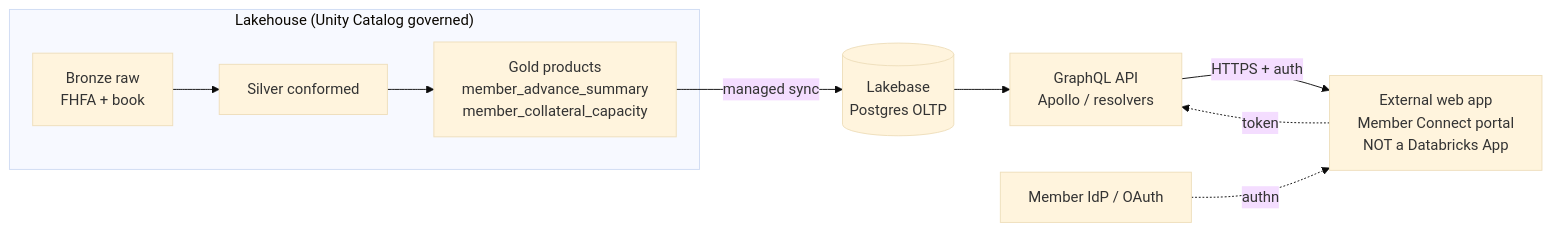
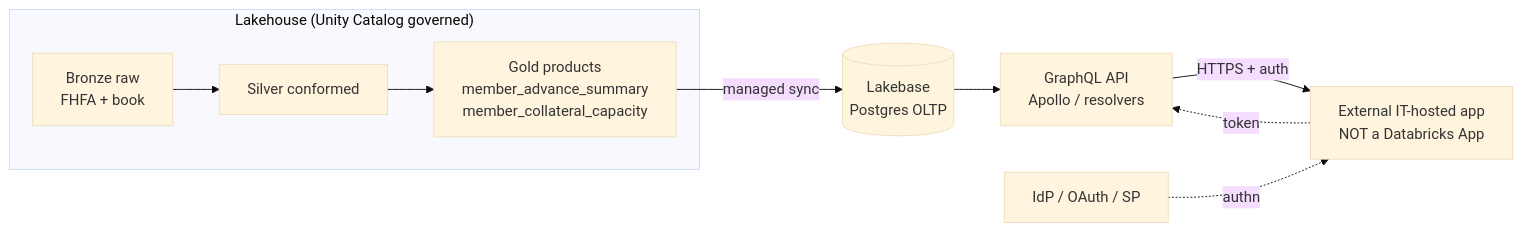
One commit to GKlick-Databricks/fhlb-topeka-workshop changed the diagram in demo-scripts/SESSION4_lakebase_graphql.md. Above: the diagram before and after it, drawn with Mermaid (base theme). The commit also changed other lines of this file and 6 other files, not shown here.

````diff
--- a/demo-scripts/SESSION4_lakebase_graphql.md
+++ b/demo-scripts/SESSION4_lakebase_graphql.md
@@ -123,12 +135,12 @@
 ```mermaid
 flowchart LR
   subgraph LH["Lakehouse (Unity Catalog governed)"]
     B[Bronze raw<br/>FHFA + book] --> S[Silver conformed]
     S --> G[Gold products<br/>member_advance_summary<br/>member_collateral_capacity]
   end
   G -- managed sync --> LB[(Lakebase<br/>Postgres OLTP)]
   LB --> API[GraphQL API<br/>Apollo / resolvers]
-  API -- HTTPS + auth --> APP[External web app<br/>Member Connect portal<br/>NOT a Databricks App]
-  IdP[Member IdP / OAuth] -.authn.-> APP
+  API -- HTTPS + auth --> APP[External IT-hosted app<br/>NOT a Databricks App]
+  IdP[IdP / OAuth / SP] -.authn.-> APP
   APP -.token.-> API
 ```
````
